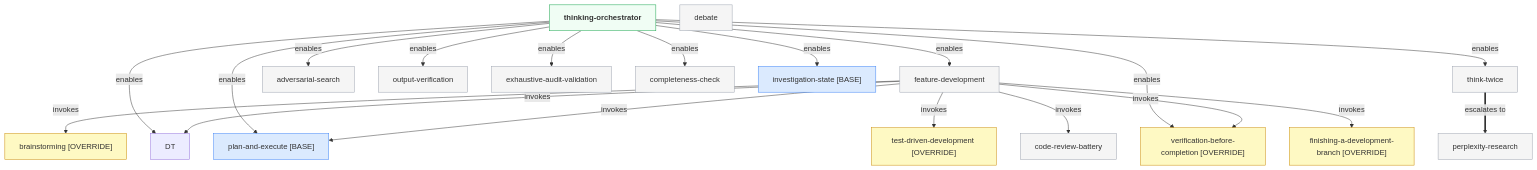
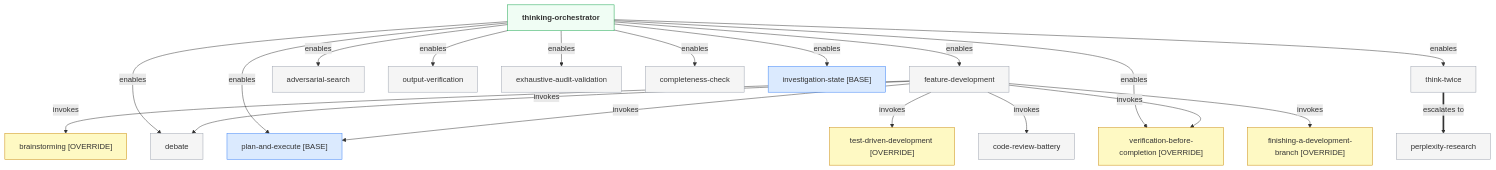
One commit to bordenet/superpowers-plus changed the second of 7 diagrams in docs/SKILL_TAXONOMY.md. Above: the diagram before and after it, drawn with Mermaid. The commit also changed 3 other files, not shown here.

````diff
--- a/docs/SKILL_TAXONOMY.md
+++ b/docs/SKILL_TAXONOMY.md
@@ -88,45 +88,45 @@
 ```mermaid
 flowchart TD
     classDef orch fill:#f0fdf4,stroke:#16a34a,font-weight:bold
     classDef ovrd fill:#fef9c3,stroke:#ca8a04
     classDef base fill:#dbeafe,stroke:#3b82f6
     classDef new fill:#f5f5f5,stroke:#9ca3af
 
     TO[thinking-orchestrator]:::orch
     FD[feature-development]:::new
     DB[debate]:::new
     PAE["plan-and-execute [BASE]"]:::base
     TWT[think-twice]:::new
     AS[adversarial-search]:::new
     VBC["verification-before-completion [OVERRIDE]"]:::ovrd
     OV[output-verification]:::new
     EAV[exhaustive-audit-validation]:::new
     CS[completeness-check]:::new
     IS["investigation-state [BASE]"]:::base
     PR[perplexity-research]:::new
     BST["brainstorming [OVERRIDE]"]:::ovrd
     TDD["test-driven-development [OVERRIDE]"]:::ovrd
     CRB[code-review-battery]:::new
     FDAB["finishing-a-development-branch [OVERRIDE]"]:::ovrd
 
     TO -->|enables| FD
-    TO -->|enables| DT
+    TO -->|enables| DB
     TO -->|enables| PAE
     TO -->|enables| TWT
     TO -->|enables| AS
     TO -->|enables| VBC
     TO -->|enables| OV
     TO -->|enables| EAV
     TO -->|enables| CS
     TO -->|enables| IS
 
     FD -->|invokes| BST
-    FD -->|invokes| DT
+    FD -->|invokes| DB
     FD -->|invokes| PAE
     FD -->|invokes| TDD
     FD -->|invokes| CRB
     FD -->|invokes| VBC
     FD -->|invokes| FDAB
 
     TWT ==>|escalates to| PR
 ```
````
